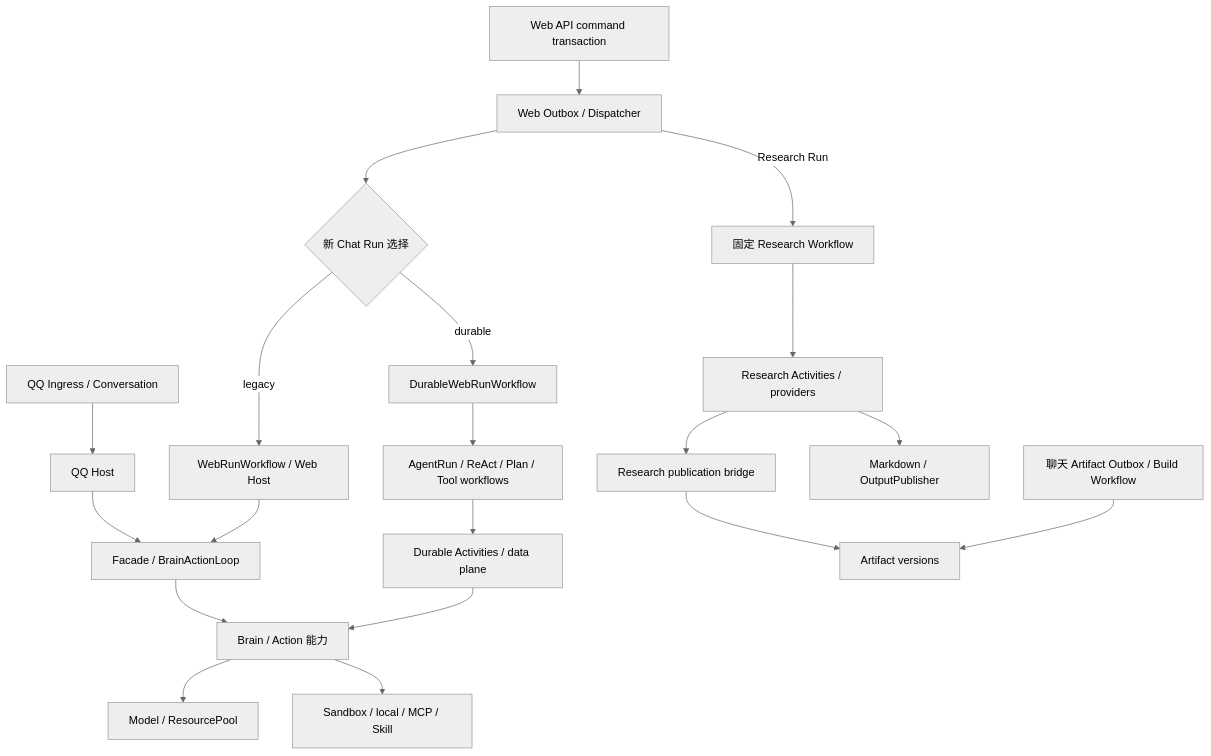
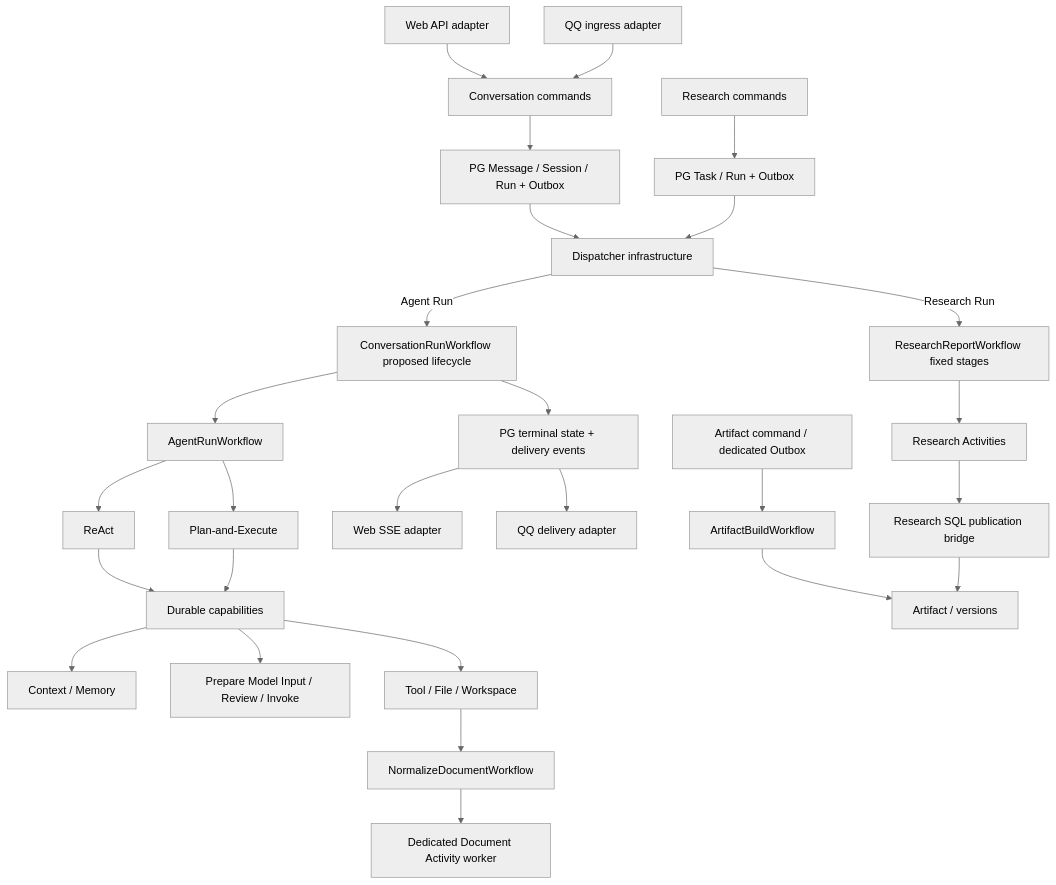
Before and after one commit to k1po9/HpAgent: the diagram in artifacts/architecture-audit/phase2_2/02_target_boundaries.md, drawn with Mermaid (neutral theme). The commit also changed other lines of this file and 21 other files, not shown here.

Commit message:
docs: revise phase 2.2 toward canonical durable architecture

````diff
--- a/artifacts/architecture-audit/phase2_2/02_target_boundaries.md
+++ b/artifacts/architecture-audit/phase2_2/02_target_boundaries.md
@@ -7,22 +12,29 @@
 ```mermaid
 flowchart TD
-    QQ[QQ Ingress / Conversation] --> QH[QQ Host]
-    QH --> LOOP[Facade / BrainActionLoop]
-    API[Web API command transaction] --> OB[Web Outbox / Dispatcher]
-    OB --> SEL{新 Chat Run 选择}
-    SEL -->|legacy| LW[WebRunWorkflow / Web Host]
-    LW --> LOOP
-    SEL -->|durable| DW[DurableWebRunWorkflow]
-    DW --> AW[AgentRun / ReAct / Plan / Tool workflows]
-    AW --> DA[Durable Activities / data plane]
-    LOOP --> BA[Brain / Action 能力]
-    DA --> BA
-    BA --> MODEL[Model / ResourcePool]
-    BA --> TOOL[Sandbox / local / MCP / Skill]
-    OB -->|Research Run| RW[固定 Research Workflow]
-    RW --> RA[Research Activities / providers]
-    RA --> PUB[Research publication bridge]
-    PUB --> ART[Artifact versions]
-    RA --> OUTPUT[Markdown / OutputPublisher]
-    BUILD[聊天 Artifact Outbox / Build Workflow] --> ART
+    W[Web API adapter] --> C[Conversation commands]
+    Q[QQ ingress adapter] --> C
+    C --> TX[PG Message / Session / Run + Outbox]
+    R[Research commands] --> RT[PG Task / Run + Outbox]
+    TX --> D[Dispatcher infrastructure]
+    RT --> D
+    D -->|Agent Run| L[ConversationRunWorkflow proposed lifecycle]
+    L --> A[AgentRunWorkflow]
+    A --> RE[ReAct]
+    A --> PE[Plan-and-Execute]
+    RE --> CAP[Durable capabilities]
+    PE --> CAP
+    CAP --> CTX[Context / Memory]
+    CAP --> MOD[Prepare Model Input / Review / Invoke]
+    CAP --> TOOL[Tool / File / Workspace]
+    D -->|Research Run| RW[ResearchReportWorkflow fixed stages]
+    RW --> RA[Research Activities]
+    RA --> RP[Research SQL publication bridge]
+    RP --> AR[Artifact / versions]
+    B[Artifact command / dedicated Outbox] --> BW[ArtifactBuildWorkflow]
+    BW --> AR
+    TOOL --> NW[NormalizeDocumentWorkflow]
+    NW --> DA[Dedicated Document Activity worker]
+    L --> F[PG terminal state + delivery events]
+    F --> WS[Web SSE adapter]
+    F --> QS[QQ delivery adapter]
 ```
````
